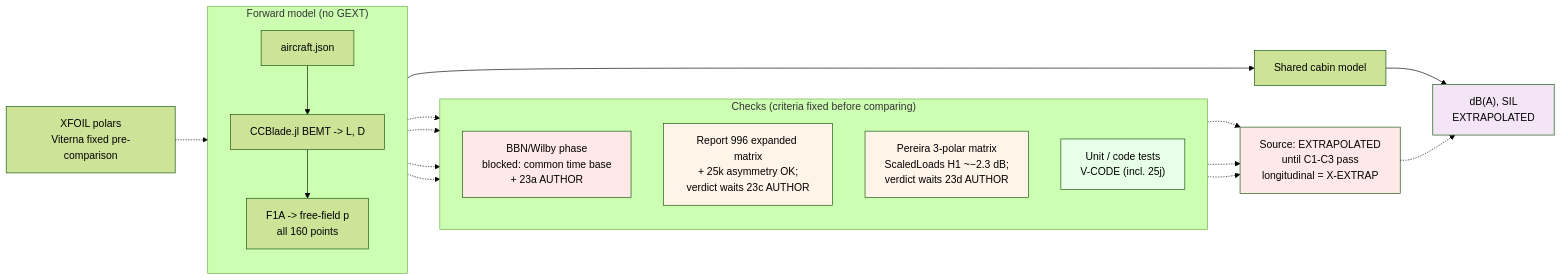
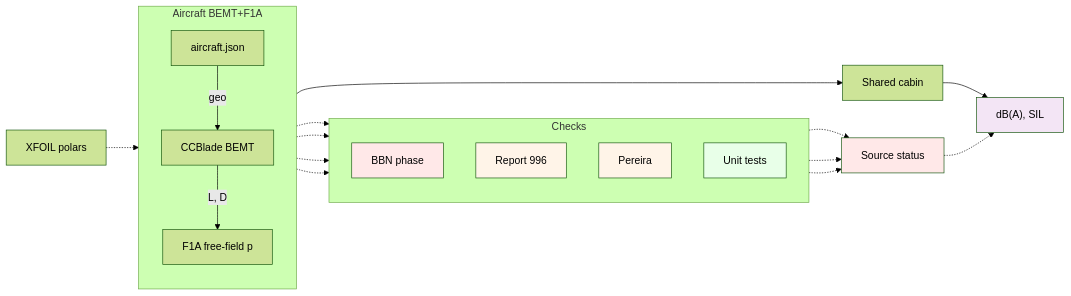
Before and after one commit to hoangf1/PAIN: the third of 5 diagrams in rea-work/docs/flowchart.md, drawn with Mermaid (forest theme). The commit also changed other lines of this file and 48 other files, not shown here.

Commit message:
Total validation flowchart (one horizontal map, stage groups with input/function/output blocks); shorter flowchart.md

````diff
--- a/rea-work/docs/flowchart.md
+++ b/rea-work/docs/flowchart.md
@@ -105,38 +162,39 @@
 ```mermaid
 flowchart LR
-    IN["XFOIL polars<br/>Viterna fixed pre-comparison"]
+  IN["XFOIL polars"]
 
-    subgraph FWD["Forward model (no GEXT)"]
-        direction TB
-        A1["aircraft.json"]
-        A2["CCBlade.jl BEMT -> L, D"]
-        A3["F1A -> free-field p<br/>all 160 points"]
-        A1 --> A2 --> A3
-    end
+  subgraph FWD["Aircraft BEMT+F1A"]
+    direction TB
+    A1["aircraft.json"]
+    A2["CCBlade BEMT"]
+    A3["F1A free-field p"]
+    A1 -->|geo| A2
+    A2 -->|L, D| A3
+  end
 
-    subgraph CHK["Checks (criteria fixed before comparing)"]
-        direction TB
-        C1["BBN/Wilby phase<br/>blocked: common time base<br/>+ 23a AUTHOR"]
-        C2["Report 996 expanded matrix<br/>+ 25k asymmetry OK;<br/>verdict waits 23c AUTHOR"]
-        C3["Pereira 3-polar matrix<br/>ScaledLoads H1 ~−2.3 dB;<br/>verdict waits 23d AUTHOR"]
-        C4["Unit / code tests<br/>V-CODE (incl. 25j)"]
-    end
+  subgraph CHK["Checks"]
+    direction TB
+    C1["BBN phase"]
+    C2["Report 996"]
+    C3["Pereira"]
+    C4["Unit tests"]
+  end
 
-    CAB["Shared cabin model"]
-    APP["dB(A), SIL<br/>EXTRAPOLATED"]
-    ST["Source: EXTRAPOLATED<br/>until C1-C3 pass<br/>longitudinal = X-EXTRAP"]
+  CAB["Shared cabin"]
+  APP["dB(A), SIL"]
+  ST["Source status"]
 
-    IN -.-> A1
-    A3 --> CAB
-    A3 -.-> C1 & C2 & C3 & C4
-    CAB --> APP
-    C1 & C2 & C3 -.-> ST
-    ST -.-> APP
+  IN -.-> A1
+  A3 --> CAB
+  A3 -.-> C1 & C2 & C3 & C4
+  CAB --> APP
+  C1 & C2 & C3 -.-> ST
+  ST -.-> APP
 
-    style C1 fill:#ffe8e8
-    style C2 fill:#fff4e8
-    style C3 fill:#fff4e8
-    style C4 fill:#e8ffe8
-    style ST fill:#ffe8e8
-    style APP fill:#f3e5f5
+  style C1 fill:#ffe8e8
+  style C2 fill:#fff4e8
+  style C3 fill:#fff4e8
+  style C4 fill:#e8ffe8
+  style ST fill:#ffe8e8
+  style APP fill:#f3e5f5
 ```
````
